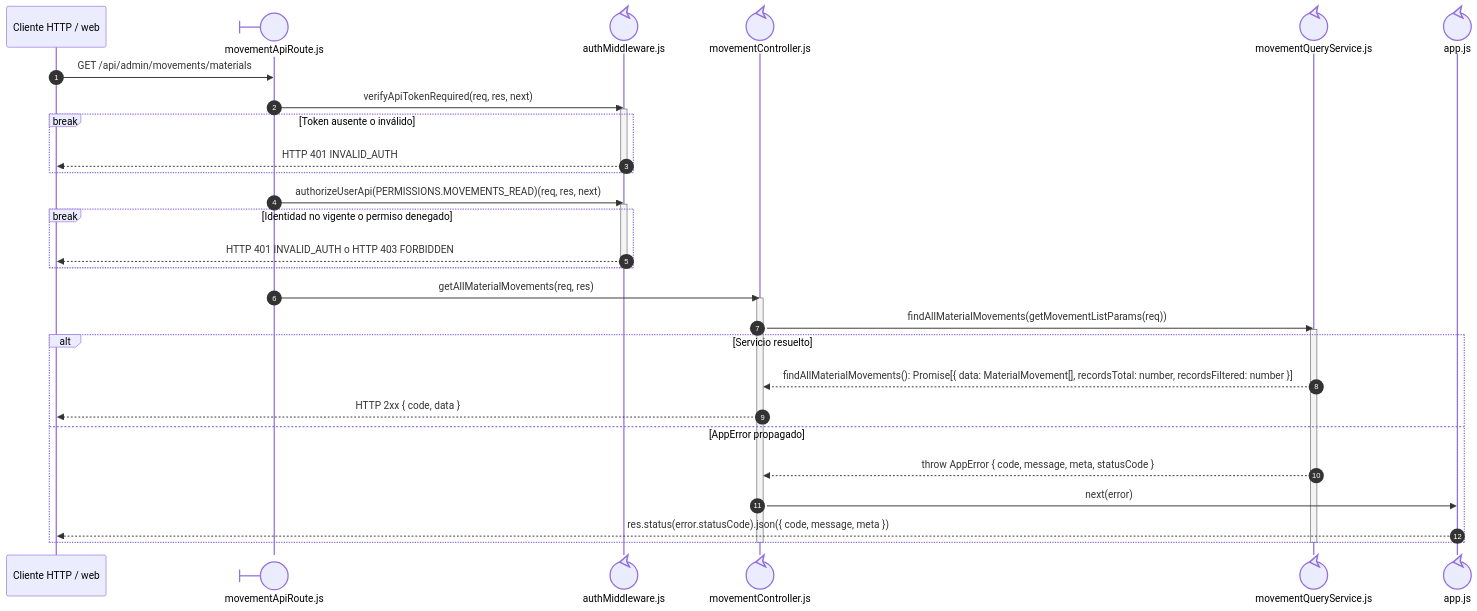
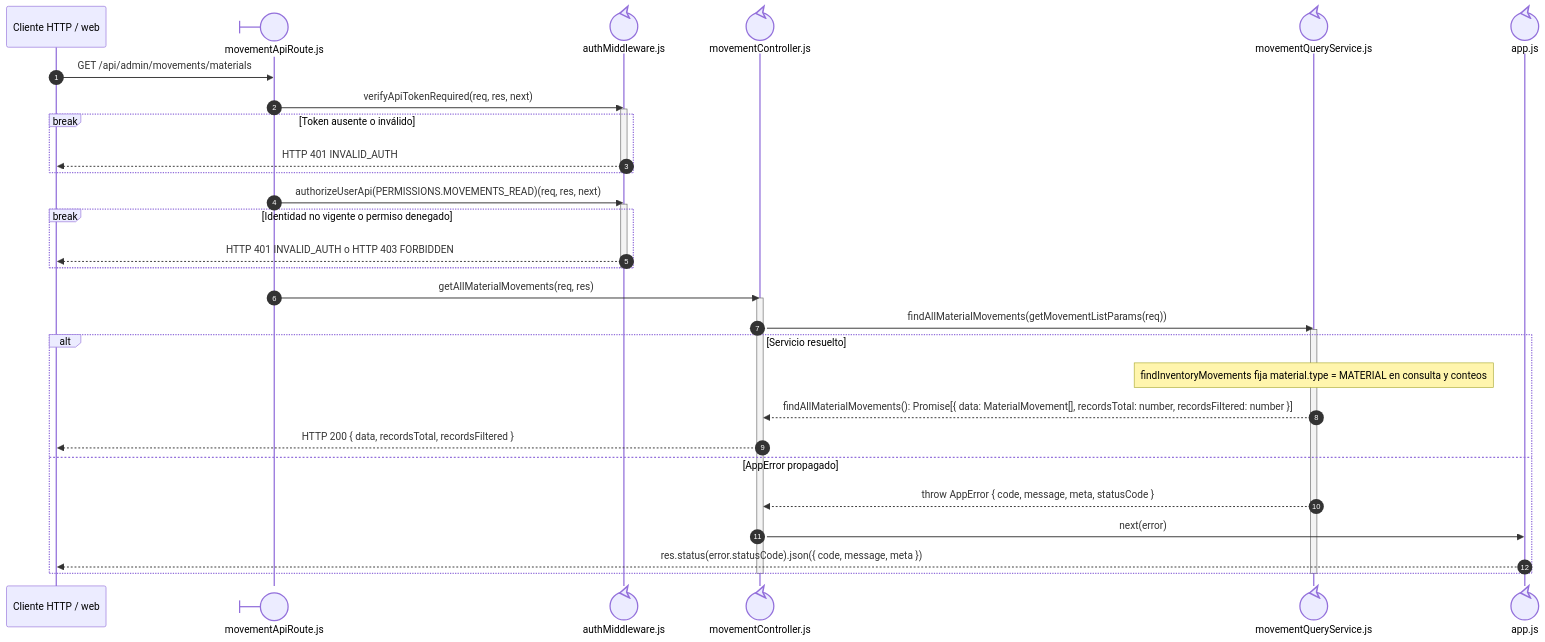
Before and after one commit to gpgsistemas01/nexus: the diagram in docs/architecture/views/processes/backend-code-sequences/catalogs/cu-alm-07.md, drawn with Mermaid. The commit also changed 338 other files, not shown here.

````diff
--- a/docs/architecture/views/processes/backend-code-sequences/catalogs/cu-alm-07.md
+++ b/docs/architecture/views/processes/backend-code-sequences/catalogs/cu-alm-07.md
@@ -25,39 +25,40 @@
 ```mermaid
 sequenceDiagram
     autonumber
     participant Client as Cliente HTTP / web
     participant Route@{ "type": "boundary" } as movementApiRoute.js
     participant Auth@{ "type": "control" } as authMiddleware.js
     participant Controller@{ "type": "control" } as movementController.js
     participant Domain@{ "type": "control" } as movementQueryService.js
     participant ErrorHandler@{ "type": "control" } as app.js
 
     Client->>Route: GET /api/admin/movements/materials
 
     Route->>Auth: verifyApiTokenRequired(req, res, next)
     activate Auth
     break Token ausente o inválido
         Auth-->>Client: HTTP 401 INVALID_AUTH
     end
     deactivate Auth
     Route->>Auth: authorizeUserApi(PERMISSIONS.MOVEMENTS_READ)(req, res, next)
     activate Auth
     break Identidad no vigente o permiso denegado
         Auth-->>Client: HTTP 401 INVALID_AUTH o HTTP 403 FORBIDDEN
     end
     deactivate Auth
     Route->>Controller: getAllMaterialMovements(req, res)
     activate Controller
     Controller->>Domain: findAllMaterialMovements(getMovementListParams(req))
     activate Domain
     alt Servicio resuelto
+        Note over Domain: findInventoryMovements fija material.type = MATERIAL en consulta y conteos
         Domain-->>Controller: findAllMaterialMovements(): Promise[{ data: MaterialMovement[], recordsTotal: number, recordsFiltered: number }]
-        Controller-->>Client: HTTP 2xx { code, data }
+        Controller-->>Client: HTTP 200 { data, recordsTotal, recordsFiltered }
     else AppError propagado
         Domain-->>Controller: throw AppError { code, message, meta, statusCode }
         Controller->>ErrorHandler: next(error)
         ErrorHandler-->>Client: res.status(error.statusCode).json({ code, message, meta })
     end
     deactivate Domain
     deactivate Controller
 ```
````
